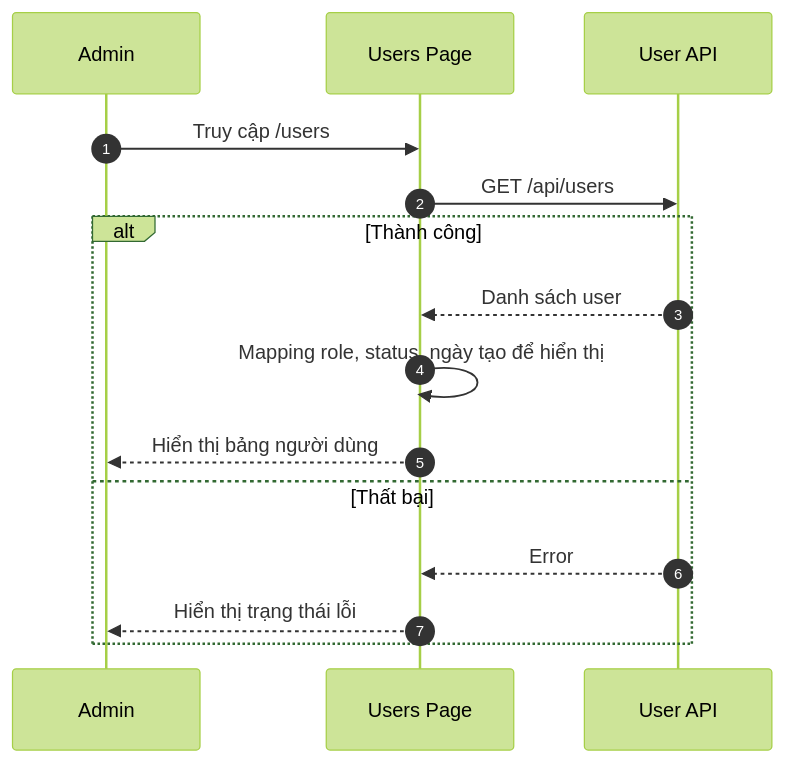
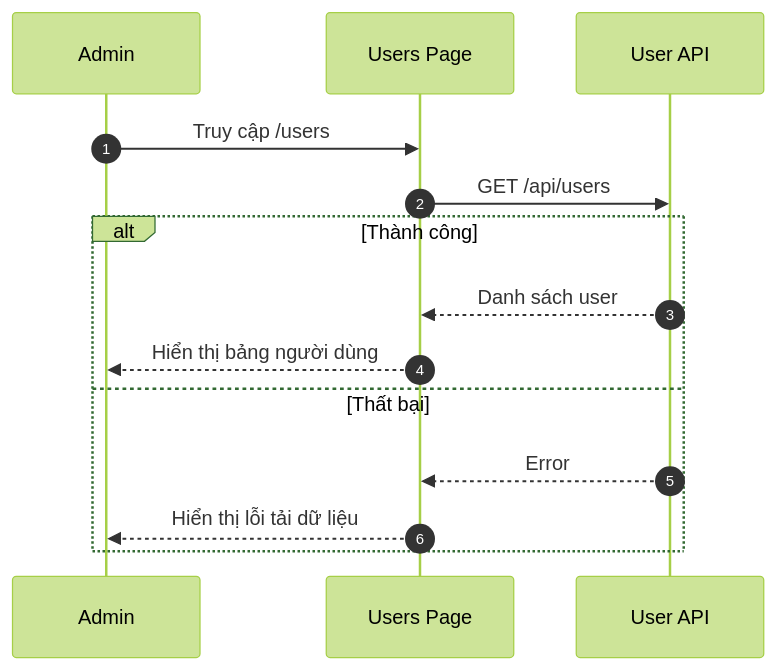
Diagram 12 of 24 in docs/sequence/flow-admin.md (sangnp-s-organiztion/food-market-narrator), drawn with Mermaid (forest theme) before and after one commit. The commit also changed other lines of this file and 3 other files, not shown here.

Commit message:
cập nhật flow-admin

````diff
--- a/docs/sequence/flow-admin.md
+++ b/docs/sequence/flow-admin.md
@@ -268,18 +242,17 @@
 ```mermaid
 sequenceDiagram
     autonumber
     participant U as Admin
     participant FE as Users Page
     participant USER as User API
 
     U->>FE: Truy cập /users
     FE->>USER: GET /api/users
     alt Thành công
         USER-->>FE: Danh sách user
-        FE->>FE: Mapping role, status, ngày tạo để hiển thị
         FE-->>U: Hiển thị bảng người dùng
     else Thất bại
         USER-->>FE: Error
-        FE-->>U: Hiển thị trạng thái lỗi
+        FE-->>U: Hiển thị lỗi tải dữ liệu
     end
 ```
````
